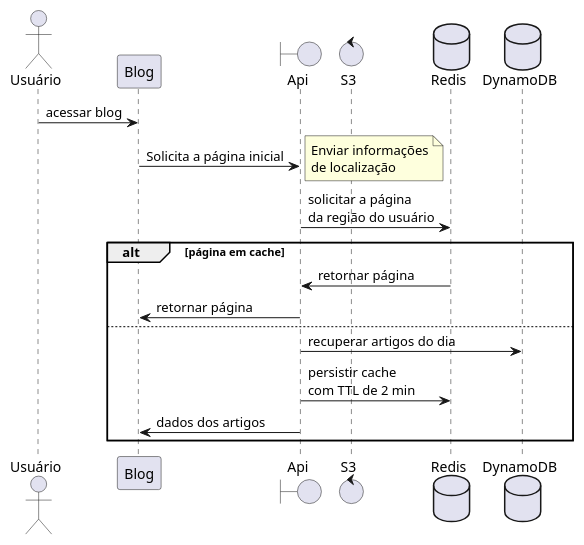
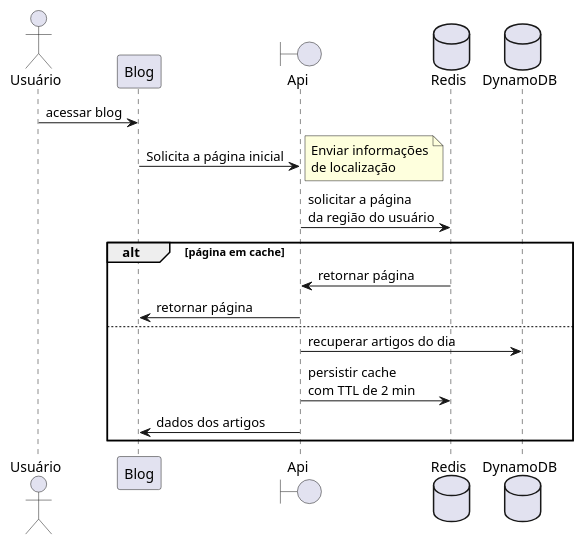
Before and after one commit to wagnerpvilla/fiap-olimpiada: the diagram in diagramas/pagina_inicial.pu, drawn with PlantUML. The commit also changed 1 other file, not shown here.

Commit message:
atualiza diagrama

```diff
--- a/diagramas/pagina_inicial.pu
+++ b/diagramas/pagina_inicial.pu
@@ -1,26 +1,26 @@
 @startuml Pagina inicial
 actor Usuário as user
 participant Blog as blog
 boundary Api as api
-control S3 as s3
+
 database Redis as cache
 database DynamoDB as dynamo
 
 user -> blog: acessar blog
 blog -> api: Solicita a página inicial
 note right
     Enviar informações
     de localização
 end note
 
 api -> cache: solicitar a página\nda região do usuário
 alt página em cache
     cache -> api: retornar página
     api -> blog: retornar página
 else 
     api -> dynamo: recuperar artigos do dia
     api -> cache: persistir cache\ncom TTL de 2 min
     api -> blog: dados dos artigos
 end
 
 @enduml
```
